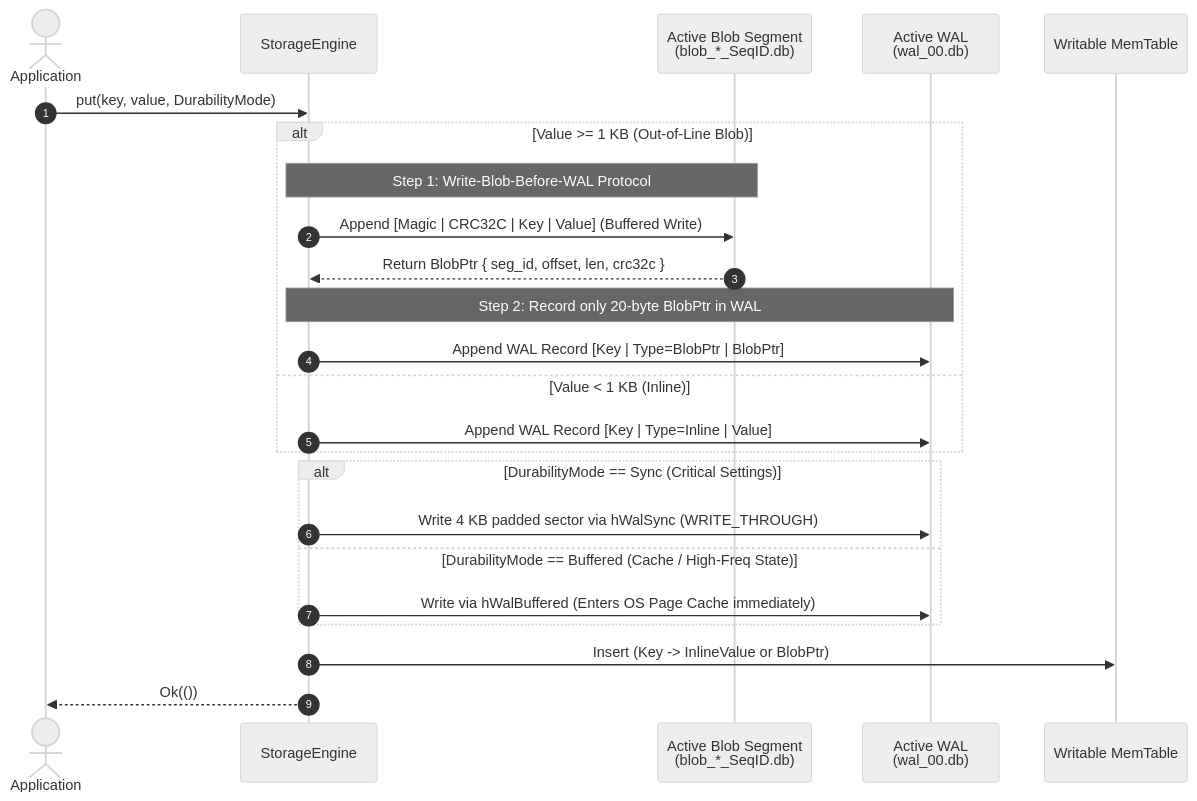
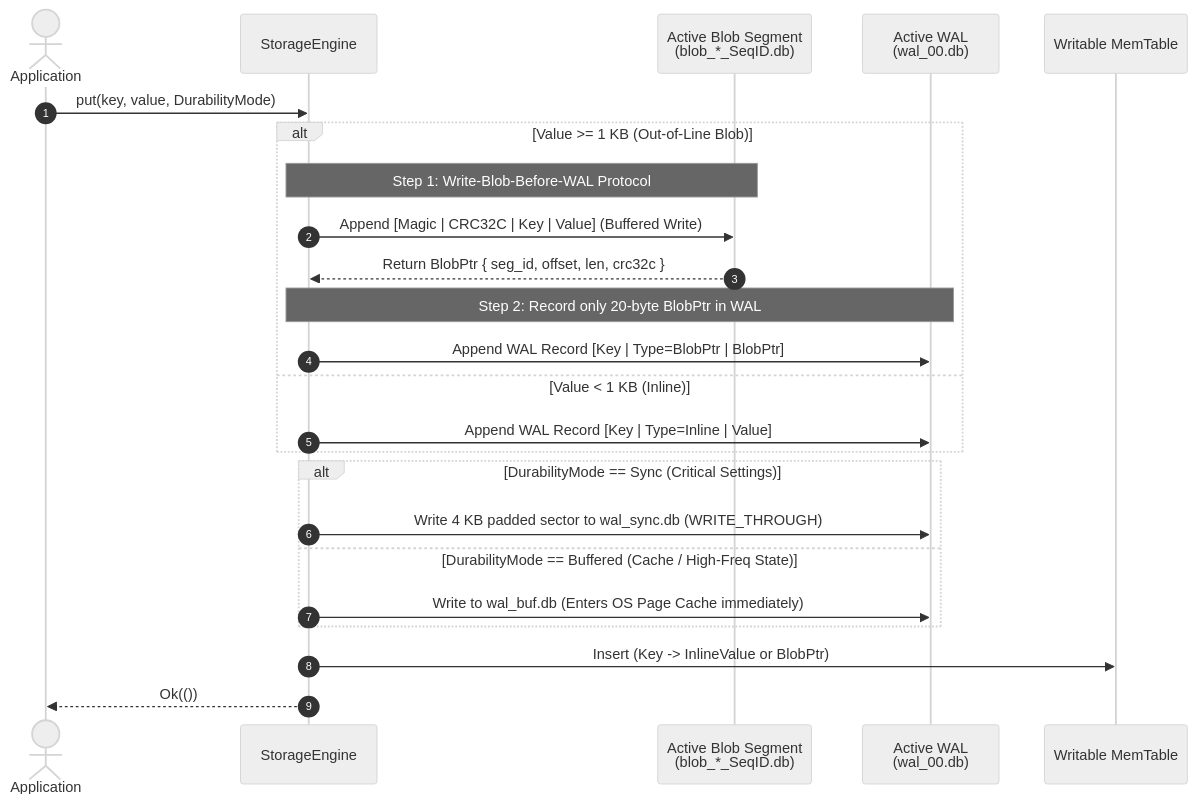
Before and after one commit to toyoshim-i/aydb: the third of 5 diagrams in docs/phase1/00_OVERVIEW.md, drawn with Mermaid (neutral theme). The commit also changed other lines of this file and 2 other files, not shown here.

````diff
--- a/docs/phase1/00_OVERVIEW.md
+++ b/docs/phase1/00_OVERVIEW.md
@@ -117,29 +117,29 @@
 ```mermaid
 sequenceDiagram
     autonumber
     actor App as Application
     participant Eng as StorageEngine
     participant Blob as Active Blob Segment<br/>(blob_*_SeqID.db)
     participant WAL as Active WAL<br/>(wal_00.db)
     participant MT as Writable MemTable
 
     App->>Eng: put(key, value, DurabilityMode)
     alt Value >= 1 KB (Out-of-Line Blob)
         Note over Eng,Blob: Step 1: Write-Blob-Before-WAL Protocol
         Eng->>Blob: Append [Magic | CRC32C | Key | Value] (Buffered Write)
         Blob-->>Eng: Return BlobPtr { seg_id, offset, len, crc32c }
         Note over Eng,WAL: Step 2: Record only 20-byte BlobPtr in WAL
         Eng->>WAL: Append WAL Record [Key | Type=BlobPtr | BlobPtr]
     else Value < 1 KB (Inline)
         Eng->>WAL: Append WAL Record [Key | Type=Inline | Value]
     end
 
     alt DurabilityMode == Sync (Critical Settings)
-        Eng->>WAL: Write 4 KB padded sector via hWalSync (WRITE_THROUGH)
+        Eng->>WAL: Write 4 KB padded sector to wal_sync.db (WRITE_THROUGH)
     else DurabilityMode == Buffered (Cache / High-Freq State)
-        Eng->>WAL: Write via hWalBuffered (Enters OS Page Cache immediately)
+        Eng->>WAL: Write to wal_buf.db (Enters OS Page Cache immediately)
     end
 
     Eng->>MT: Insert (Key -> InlineValue or BlobPtr)
     Eng-->>App: Ok(())
 ```
````
